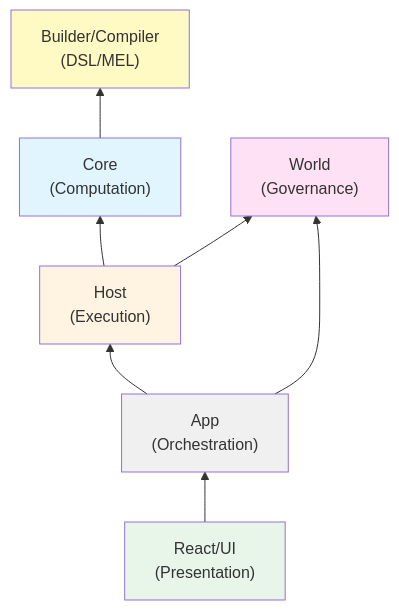
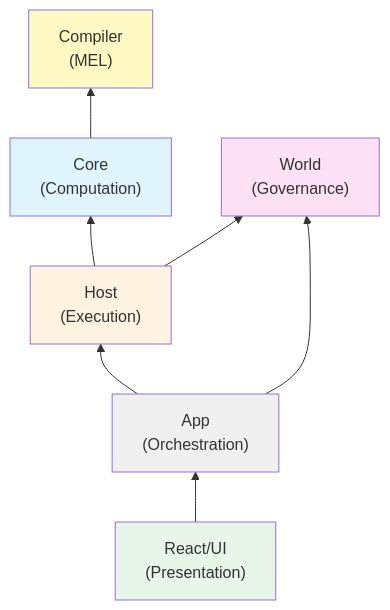
Before and after one commit to manifesto-ai/core: the first of 2 diagrams in docs/architecture/index.md, drawn with Mermaid. The commit also changed other lines of this file and 3 other files, not shown here.

````diff
--- a/docs/architecture/index.md
+++ b/docs/architecture/index.md
@@ -358,23 +358,23 @@
 ```mermaid
 graph BT
-    Builder["Builder/Compiler<br/>(DSL/MEL)"]
+    Compiler["Compiler<br/>(MEL)"]
     Core["Core<br/>(Computation)"]
     Host["Host<br/>(Execution)"]
     World["World<br/>(Governance)"]
     App["App<br/>(Orchestration)"]
     UI["React/UI<br/>(Presentation)"]
 
-    Core --> Builder
+    Core --> Compiler
     Host --> Core
     Host --> World
     App --> World
     App --> Host
     UI --> App
 
     style Core fill:#e1f5ff
     style Host fill:#fff4e1
     style World fill:#ffe1f5
     style App fill:#f0f0f0
     style UI fill:#e8f5e9
-    style Builder fill:#fff9c4
+    style Compiler fill:#fff9c4
 ```
````
